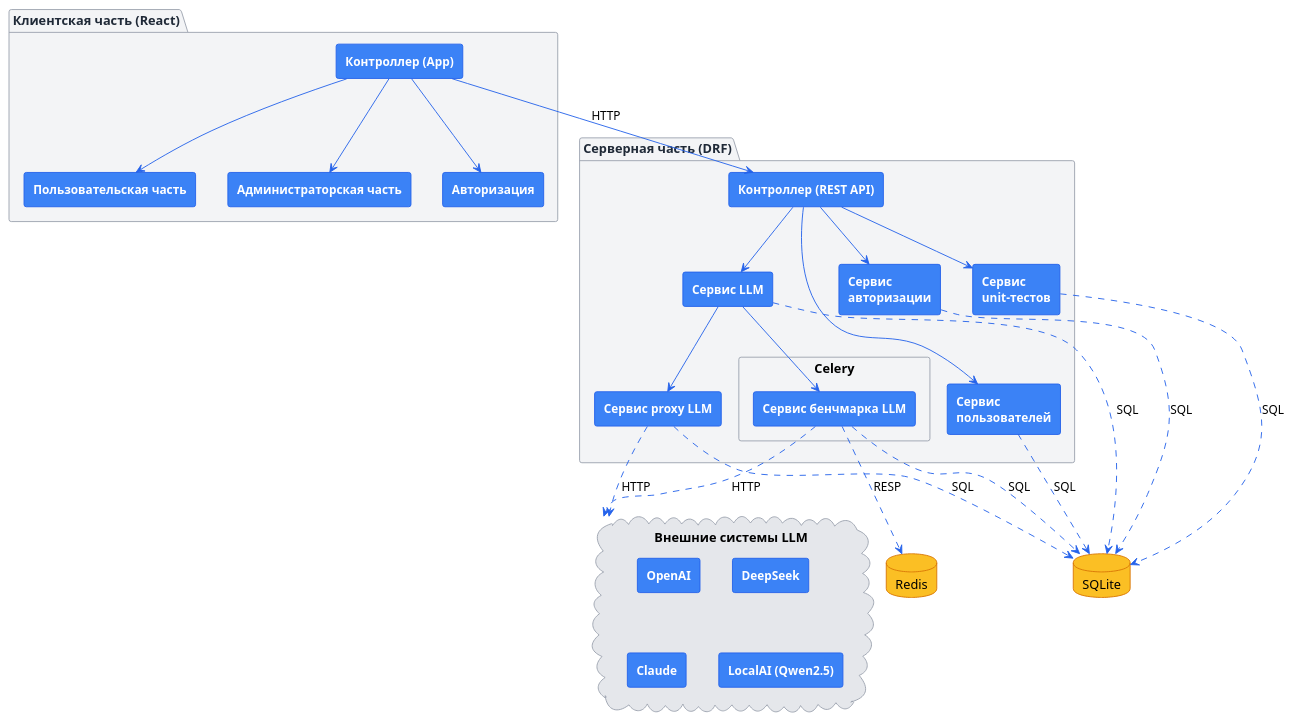
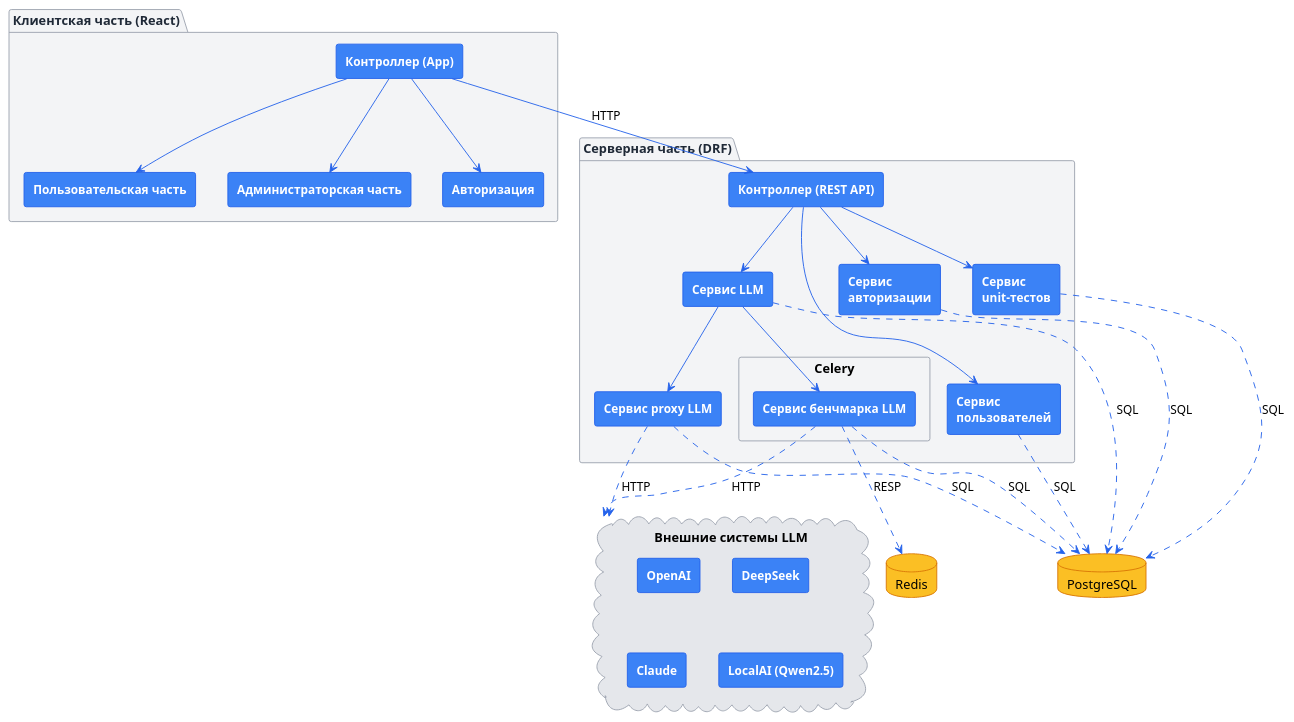
The diagram in diagramms/component_diagram.puml (mrgick/llm_bench), drawn with PlantUML before and after one commit. The commit also changed 1 other file, not shown here.

```diff
--- a/diagramms/component_diagram.puml
+++ b/diagramms/component_diagram.puml
@@ -1,99 +1,99 @@
 @startuml
 !theme plain
 skinparam componentStyle rectangle
 skinparam backgroundColor #FFFFFF
 skinparam component {
     BackgroundColor #3B82F6
     BorderColor #2563EB
     FontColor White
     FontSize 13
     FontStyle bold
 }
 skinparam package {
     BackgroundColor #F3F4F6
     BorderColor #9CA3AF
     FontColor #1F2937
 }
 skinparam database {
     BackgroundColor #FBBF24
     BorderColor #D97706
     FontColor Black
 }
 skinparam queue {
     BackgroundColor #EF4444
     BorderColor #B91C1C
     FontColor White
 }
 skinparam cloud {
     BackgroundColor #E5E7EB
     BorderColor #9CA3AF
     FontColor Black
 }
 skinparam arrowColor #2563EB
 
 ' --- 1. Клиентская часть ---
 package "Клиентская часть (React)" {
     component "Пользовательская часть" as Client
     component "Администраторская часть" as Admin
     component "Авторизация" as Login
     component "Контроллер (App)" as ReactApp
 }
 
 ' --- 2. Серверная часть ---
 package "Серверная часть (DRF)" {
     component "Контроллер (REST API)" as Controller
     component "Сервис\nавторизации" as AuthService
     component "Сервис\nпользователей" as UserService
     component "Сервис\nunit-тестов" as TestService
     component "Сервис LLM" as LLMService
     component "Сервис proxy LLM" as LLMSProxyervice
     rectangle "Celery" as CeleryService {
         component "Сервис бенчмарка LLM" as LLMBenchService
     }
 }
 
 
 
 ' --- 4. Хранилище данных ---
-database "SQLite" as DB
+database "PostgreSQL" as DB
 database "Redis" as Redis
 
 ' --- 5. Внешние системы ---
 cloud "Внешние системы LLM" as ExternalLLMs {
     [OpenAI]
     [DeepSeek]
     [Claude]
     [LocalAI (Qwen2.5)]
 }
 
 ' --- Связи ---
 
 ' Frontend -> Controller
 ReactApp -down-> Client
 ReactApp -down-> Admin
 ReactApp -down-> Login
 ReactApp -down-> Controller : HTTP
 
 ' Controller -> Services (Routing)
 Controller -down-> AuthService
 Controller -down-> UserService
 Controller -down-> TestService
 Controller -down-> LLMService
 
 ' Services -> Database
 AuthService -[hidden]- UserService
 AuthService ..> DB : SQL
 UserService ..> DB : SQL
 TestService ..> DB : SQL
 LLMService ..> DB : SQL
 LLMSProxyervice ..> DB : SQL
 LLMBenchService ..> DB : SQL
 
 LLMService -down-> LLMSProxyervice
 LLMService -down-> LLMBenchService
 
 LLMSProxyervice ..> ExternalLLMs : HTTP
 LLMBenchService ..> Redis : RESP
 LLMBenchService ..> ExternalLLMs : HTTP
 
 @enduml
```
